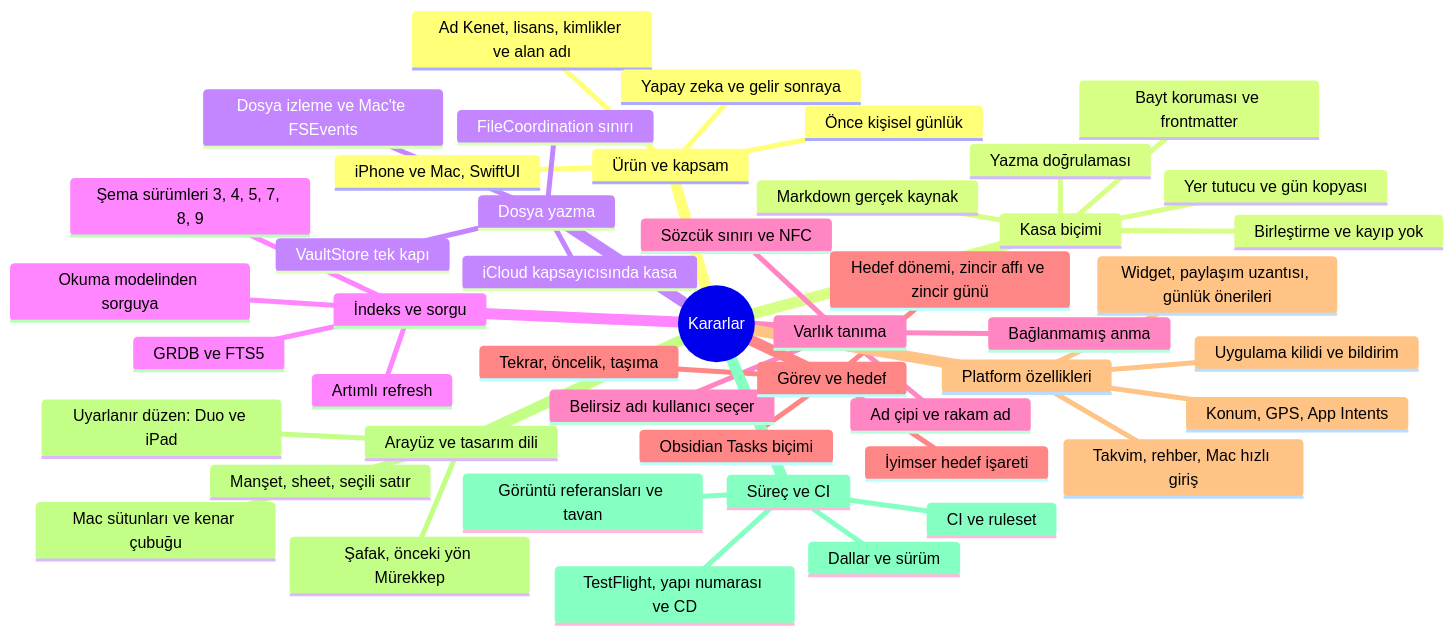
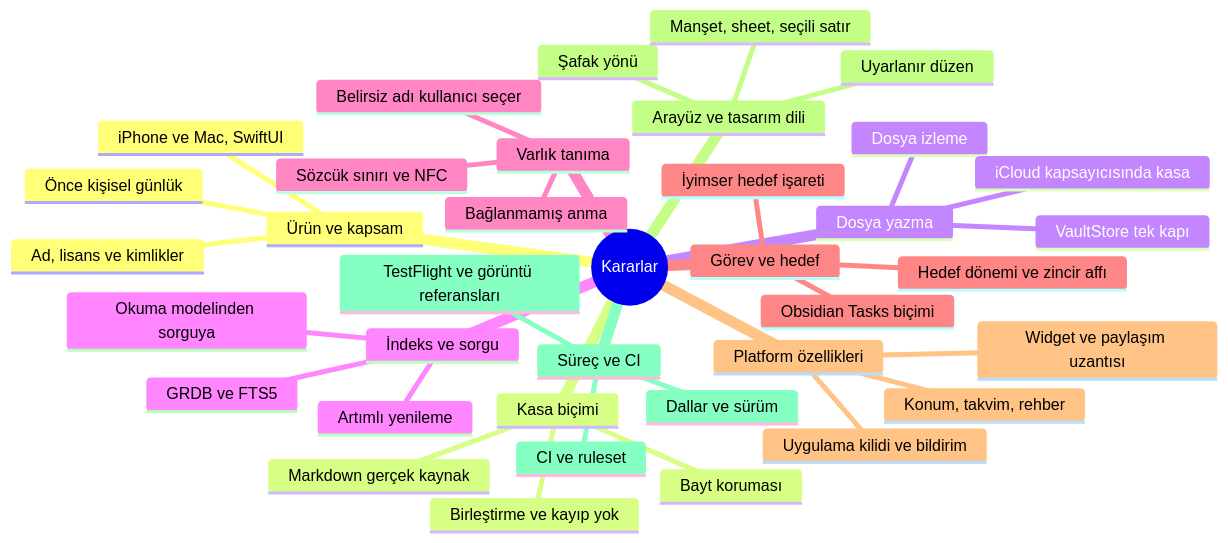
The second of 2 diagrams in docs/decisions.md (dogancanyildiz/kenet), drawn with Mermaid before and after one commit. The commit also changed other lines of this file and 4 other files, not shown here.

````diff
--- a/docs/decisions.md
+++ b/docs/decisions.md
@@ -29,50 +29,40 @@
 ```mermaid
 mindmap
   root((Kararlar))
     Ürün ve kapsam
       Önce kişisel günlük
       iPhone ve Mac, SwiftUI
-      Ad Kenet, lisans, kimlikler ve alan adı
-      Yapay zeka ve gelir sonraya
+      Ad, lisans ve kimlikler
     Kasa biçimi
       Markdown gerçek kaynak
-      Bayt koruması ve frontmatter
-      Yazma doğrulaması
+      Bayt koruması
       Birleştirme ve kayıp yok
-      Yer tutucu ve gün kopyası
     Dosya yazma
       VaultStore tek kapı
-      FileCoordination sınırı
-      Dosya izleme ve Mac'te FSEvents
+      Dosya izleme
       iCloud kapsayıcısında kasa
     İndeks ve sorgu
       GRDB ve FTS5
-      Artımlı refresh
-      Şema sürümleri 3, 4, 5, 7, 8, 9
+      Artımlı yenileme
       Okuma modelinden sorguya
     Varlık tanıma
       Sözcük sınırı ve NFC
       Belirsiz adı kullanıcı seçer
-      Ad çipi ve rakam ad
       Bağlanmamış anma
     Görev ve hedef
       Obsidian Tasks biçimi
-      Tekrar, öncelik, taşıma
-      Hedef dönemi, zincir affı ve zincir günü
+      Hedef dönemi ve zincir affı
       İyimser hedef işareti
     Platform özellikleri
       Uygulama kilidi ve bildirim
-      Konum, GPS, App Intents
-      Takvim, rehber, Mac hızlı giriş
-      Widget, paylaşım uzantısı, günlük önerileri
+      Konum, takvim, rehber
+      Widget ve paylaşım uzantısı
     Arayüz ve tasarım dili
-      Şafak, önceki yön Mürekkep
+      Şafak yönü
       Manşet, sheet, seçili satır
-      Mac sütunları ve kenar çubuğu
-      Uyarlanır düzen: Duo ve iPad
+      Uyarlanır düzen
     Süreç ve CI
       Dallar ve sürüm
       CI ve ruleset
-      TestFlight, yapı numarası ve CD
-      Görüntü referansları ve tavan
+      TestFlight ve görüntü referansları
 ```
````
